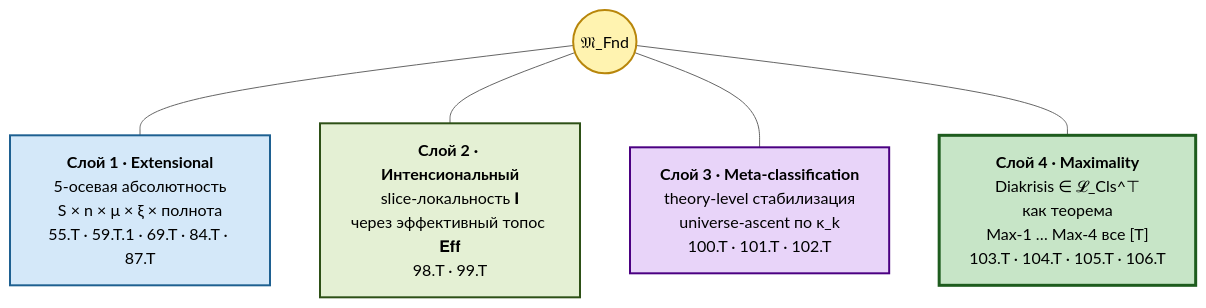
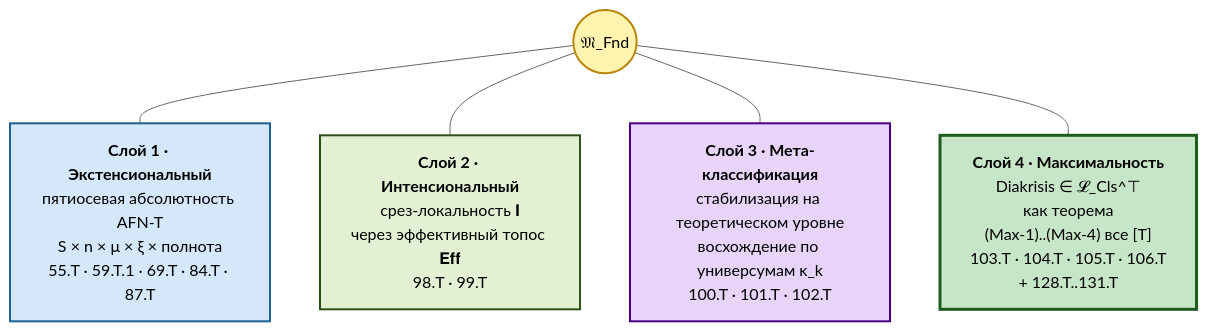
The fourth of 7 diagrams in docs/intro.md (gst-st/diakrisis), drawn with Mermaid (neutral theme) before and after one commit. The commit also changed other lines of this file, not shown here.

First line of the commit message:
diakrisis: глубокая переработка диаграмм и пояснений в intro.md

````diff
--- a/docs/intro.md
+++ b/docs/intro.md
@@ -134,20 +190,20 @@
 ```mermaid
 flowchart TB
     classDef core fill:#fff3b0,stroke:#b8860b,stroke-width:2px,color:#000
     classDef ext fill:#d4e8f9,stroke:#1e6091,stroke-width:2px,color:#000
     classDef int fill:#e4f0d4,stroke:#2d5016,stroke-width:2px,color:#000
     classDef meta fill:#e8d4f9,stroke:#4b0082,stroke-width:2px,color:#000
     classDef max fill:#c7e5c7,stroke:#1e5c1e,stroke-width:3px,color:#000
 
     MFnd(("𝔐_Fnd")):::core
 
-    EXT["<b>Слой 1 · Extensional</b><br/>5-осевая абсолютность<br/>S × n × μ × ξ × полнота<br/>55.T · 59.T.1 · 69.T · 84.T · 87.T"]:::ext
-    INT["<b>Слой 2 · Интенсиональный</b><br/>slice-локальность 𝐈<br/>через эффективный топос 𝐄𝐟𝐟<br/>98.T · 99.T"]:::int
-    META["<b>Слой 3 · Meta-classification</b><br/>theory-level стабилизация<br/>universe-ascent по κ_k<br/>100.T · 101.T · 102.T"]:::meta
-    MAX["<b>Слой 4 · Maximality</b><br/>Diakrisis ∈ 𝓛_Cls^⊤<br/>как теорема<br/>Max-1 … Max-4 все [Т]<br/>103.T · 104.T · 105.T · 106.T"]:::max
+    EXT["<b>Слой 1 · Экстенсиональный</b><br/>пятиосевая абсолютность AFN-T<br/>S × n × μ × ξ × полнота<br/>55.T · 59.T.1 · 69.T · 84.T · 87.T"]:::ext
+    INT["<b>Слой 2 · Интенсиональный</b><br/>срез-локальность 𝐈<br/>через эффективный топос 𝐄𝐟𝐟<br/>98.T · 99.T"]:::int
+    META["<b>Слой 3 · Мета-классификация</b><br/>стабилизация на теоретическом уровне<br/>восхождение по универсумам κ_k<br/>100.T · 101.T · 102.T"]:::meta
+    MAX["<b>Слой 4 · Максимальность</b><br/>Diakrisis ∈ 𝓛_Cls^⊤<br/>как теорема<br/>(Max-1)..(Max-4) все [Т]<br/>103.T · 104.T · 105.T · 106.T<br/>+ 128.T..131.T"]:::max
 
     MFnd --- EXT
     MFnd --- INT
     MFnd --- META
     MFnd --- MAX
 ```
````
